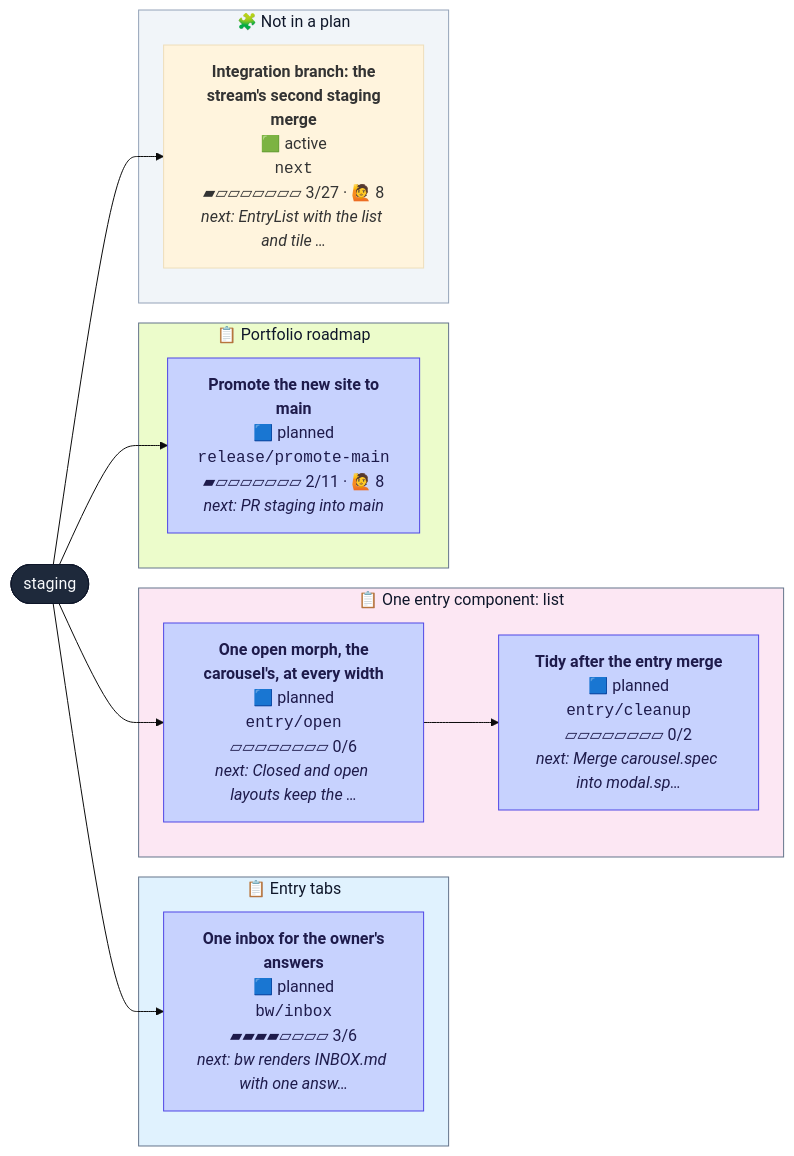
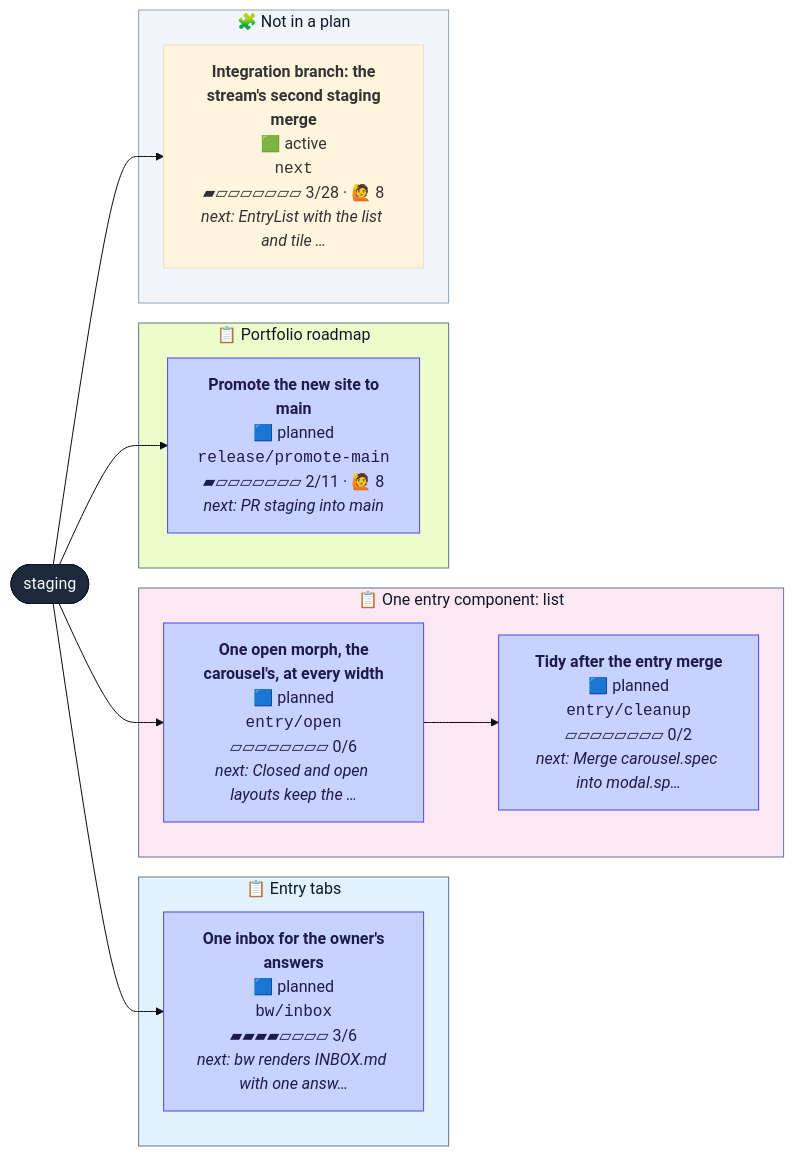
The diagram in CONTRIBUTING.md (henryjonescodes/portfolio), drawn with Mermaid (base theme) before and after one commit. The commit also changed other lines of this file, not shown here.

````diff
--- a/CONTRIBUTING.md
+++ b/CONTRIBUTING.md
@@ -16,38 +16,38 @@
 ```mermaid
 flowchart LR
   n_staging([staging])
   class n_staging trunk
   subgraph plan_0["📋 Entry tabs"]
     n_bw_inbox["<b>One inbox for the owner's<br/>answers</b><br/>🟦 planned<br/><code>bw/inbox</code><br/>▰▰▰▰▱▱▱▱ 3/6<br/><i>next: bw renders INBOX.md with one answ…</i>"]
     class n_bw_inbox planned
   end
   style plan_0 fill:#e0f2fe,stroke:#64748b,color:#0f172a
   subgraph plan_1["📋 One entry component: list"]
     n_entry_cleanup["<b>Tidy after the entry merge</b><br/>🟦 planned<br/><code>entry/cleanup</code><br/>▱▱▱▱▱▱▱▱ 0/2<br/><i>next: Merge carousel.spec into modal.sp…</i>"]
     class n_entry_cleanup planned
     n_entry_open["<b>One open morph, the<br/>carousel's, at every width</b><br/>🟦 planned<br/><code>entry/open</code><br/>▱▱▱▱▱▱▱▱ 0/6<br/><i>next: Closed and open layouts keep the …</i>"]
     class n_entry_open planned
   end
   style plan_1 fill:#fce7f3,stroke:#64748b,color:#0f172a
   subgraph plan_2["📋 Portfolio roadmap"]
     n_release_promote_main["<b>Promote the new site to<br/>main</b><br/>🟦 planned<br/><code>release/promote-main</code><br/>▰▱▱▱▱▱▱▱ 2/11 · 🙋 8<br/><i>next: PR staging into main</i>"]
     class n_release_promote_main planned
   end
   style plan_2 fill:#ecfccb,stroke:#64748b,color:#0f172a
   subgraph loose["🧩 Not in a plan"]
-    n_next["<b>Integration branch: the<br/>stream's second staging<br/>merge</b><br/>🟩 active<br/><code>next</code><br/>▰▱▱▱▱▱▱▱ 3/27 · 🙋 8<br/><i>next: EntryList with the list and tile …</i>"]
+    n_next["<b>Integration branch: the<br/>stream's second staging<br/>merge</b><br/>🟩 active<br/><code>next</code><br/>▰▱▱▱▱▱▱▱ 3/28 · 🙋 8<br/><i>next: EntryList with the list and tile …</i>"]
     class n_next active,current
   end
   style loose fill:#f1f5f9,stroke:#94a3b8,color:#0f172a
   n_staging --> n_bw_inbox
   n_entry_open --> n_entry_cleanup
   n_staging --> n_entry_open
   n_staging --> n_next
   n_staging --> n_release_promote_main
   classDef planned fill:#c7d2fe,stroke:#4f46e5,color:#1e1b4b
   classDef active fill:#bbf7d0,stroke:#16a34a,stroke-width:3px,color:#052e16
   classDef review fill:#fde68a,stroke:#d97706,stroke-width:3px,color:#451a03
   classDef blocked fill:#fecaca,stroke:#dc2626,stroke-width:3px,color:#450a0a
   classDef trunk fill:#1e293b,stroke:#0f172a,color:#f8fafc
   classDef current stroke:#0ea5e9,stroke-width:5px
 ```
````
